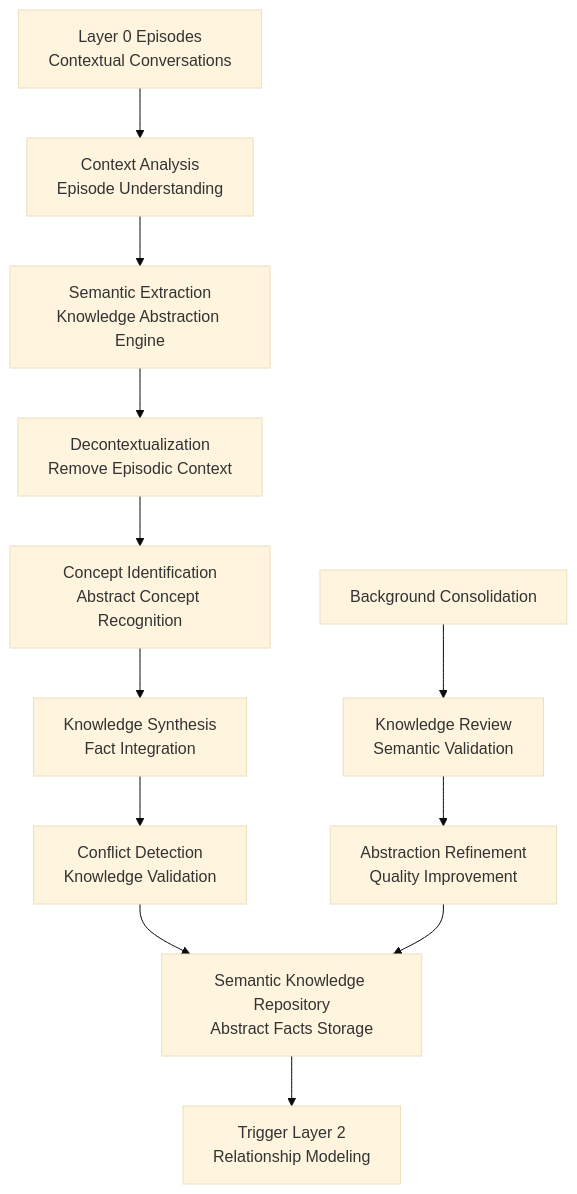
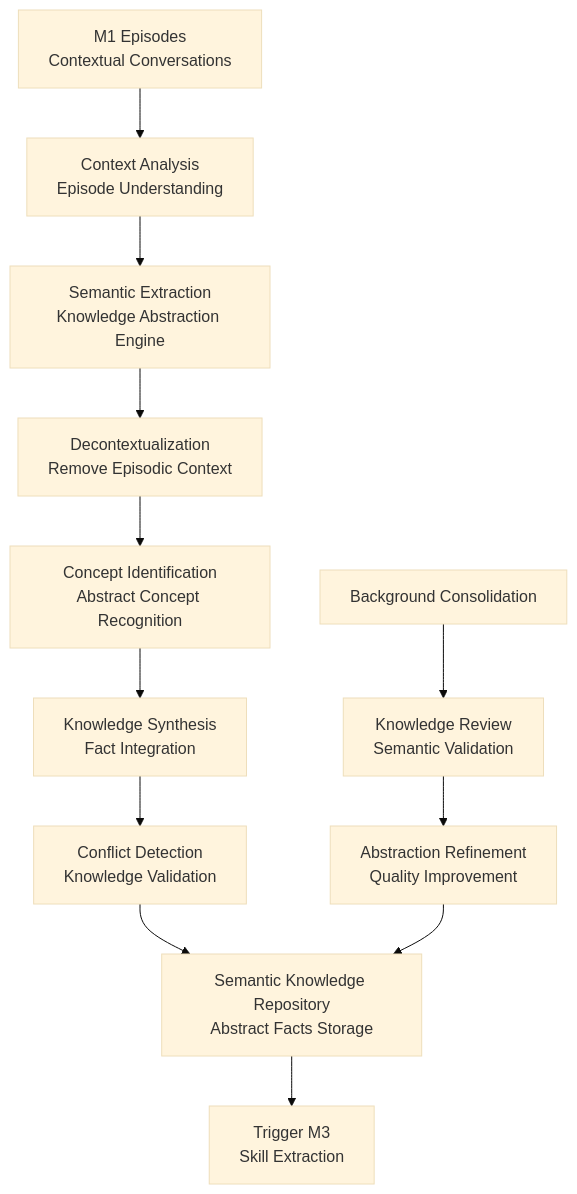
One commit to memfuse/memfuse changed the sixth of 8 diagrams in docs/architecture/memory.md. Above: the diagram before and after it, drawn with Mermaid (base theme). The commit also changed other lines of this file and 17 other files, not shown here.

First line of the commit message:
feat(memory): update memory layer architecture and introduce M3 layer

````diff
--- a/docs/architecture/memory.md
+++ b/docs/architecture/memory.md
@@ -1093,23 +1256,23 @@
 ```mermaid
 graph TD
-    %% Input from Layer 0
-    M0_EPISODES[Layer 0 Episodes<br/>Contextual Conversations] --> CONTEXT_ANALYSIS[Context Analysis<br/>Episode Understanding]
+    %% Input from M1
+    M1_EPISODES[M1 Episodes<br/>Contextual Conversations] --> CONTEXT_ANALYSIS[Context Analysis<br/>Episode Understanding]
 
     %% Semantic Abstraction Pipeline
     CONTEXT_ANALYSIS --> SEMANTIC_EXTRACT[Semantic Extraction<br/>Knowledge Abstraction Engine]
     SEMANTIC_EXTRACT --> DECONTEXTUALIZE[Decontextualization<br/>Remove Episodic Context]
 
     %% Knowledge Processing
     DECONTEXTUALIZE --> CONCEPT_ID[Concept Identification<br/>Abstract Concept Recognition]
     CONCEPT_ID --> KNOWLEDGE_SYNTH[Knowledge Synthesis<br/>Fact Integration]
     KNOWLEDGE_SYNTH --> CONFLICT_DETECT[Conflict Detection<br/>Knowledge Validation]
 
     %% Storage and Consolidation
     CONFLICT_DETECT --> SEMANTIC_REPO[Semantic Knowledge Repository<br/>Abstract Facts Storage]
-    SEMANTIC_REPO --> M2_TRIGGER[Trigger Layer 2<br/>Relationship Modeling]
+    SEMANTIC_REPO --> M3_TRIGGER[Trigger M3<br/>Skill Extraction]
 
     %% Background Consolidation
     BG_CONSOLIDATION[Background Consolidation] --> KNOWLEDGE_REVIEW[Knowledge Review<br/>Semantic Validation]
     KNOWLEDGE_REVIEW --> ABSTRACTION_REFINE[Abstraction Refinement<br/>Quality Improvement]
     ABSTRACTION_REFINE --> SEMANTIC_REPO
 ```
````
